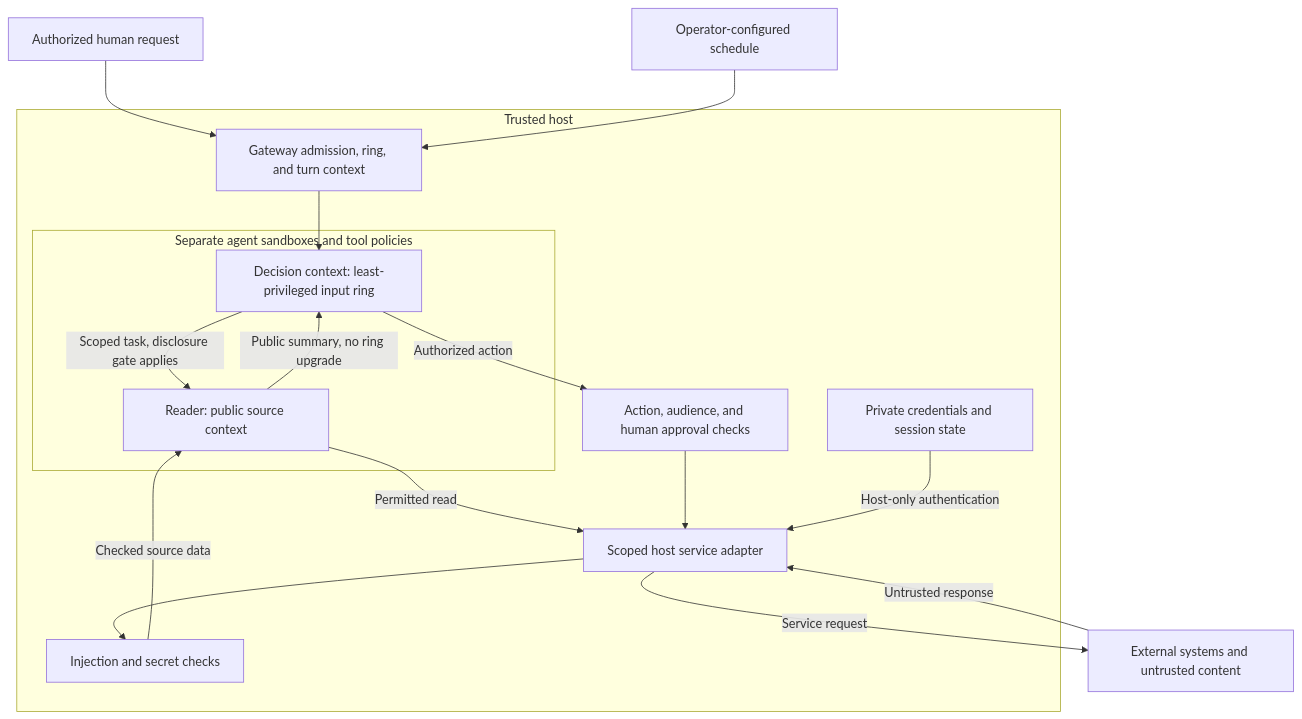
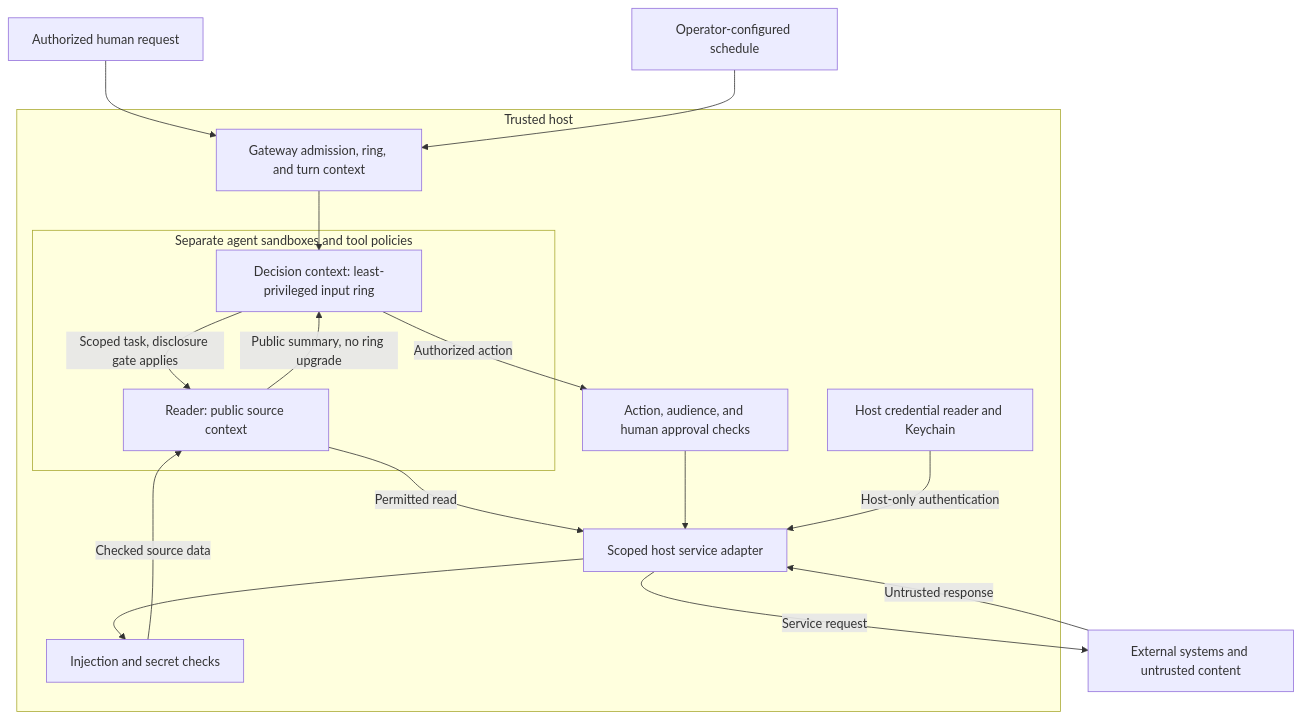
The fifth of 5 diagrams in docs/openclaw-setup/security-architecture.md (coletaylor788/puddles), drawn with Mermaid before and after one commit. The commit also changed other lines of this file, not shown here.

Commit message:
Document Keychain identity and security governing principles

````diff
--- a/docs/openclaw-setup/security-architecture.md
+++ b/docs/openclaw-setup/security-architecture.md
@@ -253,30 +262,30 @@
 ```mermaid
 flowchart TB
     Owner["Authorized human request"]
     Schedule["Operator-configured schedule"]
     External["External systems and untrusted content"]
     subgraph Host["Trusted host"]
         Admission["Gateway admission, ring, and turn context"]
-        Secrets["Private credentials and session state"]
+        Secrets["Host credential reader and Keychain"]
         Adapter["Scoped host service adapter"]
         Ingress["Injection and secret checks"]
         Egress["Action, audience, and human approval checks"]
         subgraph AgentBoundary["Separate agent sandboxes and tool policies"]
             Main["Decision context: least-privileged input ring"]
             Reader["Reader: public source context"]
         end
         Admission --> Main
         Main -->|"Scoped task, disclosure gate applies"| Reader
         Reader -->|"Permitted read"| Adapter
         Adapter --> Ingress
         Ingress -->|"Checked source data"| Reader
         Reader -->|"Public summary, no ring upgrade"| Main
         Main -->|"Authorized action"| Egress
         Egress --> Adapter
         Secrets -->|"Host-only authentication"| Adapter
     end
     Owner --> Admission
     Schedule --> Admission
     Adapter -->|"Service request"| External
     External -->|"Untrusted response"| Adapter
 ```
````
